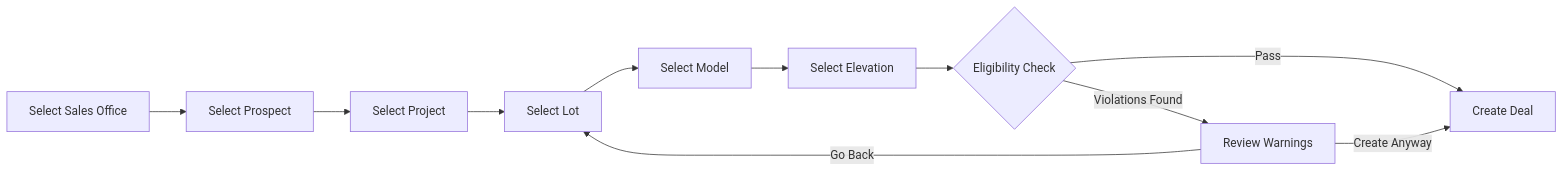
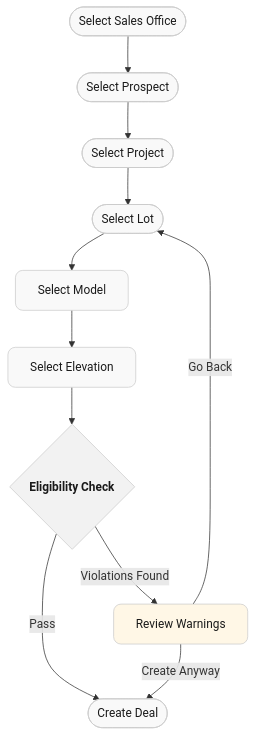
One commit to syed-aqil/project-docs changed the third of 6 diagrams in Deal-Lifecycle-Guide(3).md. Above: the diagram before and after it, drawn with Mermaid.

````diff
--- a/Deal-Lifecycle-Guide(3).md
+++ b/Deal-Lifecycle-Guide(3).md
@@ -154,13 +154,27 @@
 ```mermaid
-flowchart LR
-    A[Select Sales Office] --> B[Select Prospect]
-    B --> C[Select Project]
-    C --> D[Select Lot]
-    D --> E[Select Model]
-    E --> F[Select Elevation]
-    F --> G{Eligibility Check}
-    G -->|Pass| H[Create Deal]
-    G -->|Violations Found| I[Review Warnings]
-    I -->|Create Anyway| H
-    I -->|Go Back| D
+flowchart TB
+    A(["Select Sales Office"]) --> B(["Select Prospect"])
+    B --> C(["Select Project"])
+    C --> D(["Select Lot"])
+    D --> E["Select Model"]
+    E --> F["Select Elevation"]
+    F --> G{"Eligibility Check"}
+    G -- Pass --> H(["Create Deal"])
+    G -- Violations Found --> I["Review Warnings"]
+    I -- Create Anyway --> H
+    I -- Go Back --> D
+
+     A:::step
+     B:::step
+     C:::step
+     D:::step
+     E:::step
+     F:::step
+     G:::decision
+     H:::outcome
+     I:::warning
+    classDef step fill:#f9f9f9,stroke:#cccccc,stroke-width:1px,color:#1a1a1a,rx:10,ry:10
+    classDef decision fill:#f2f2f2,stroke:#cccccc,stroke-width:1px,color:#1a1a1a,rx:10,ry:10,font-weight:600
+    classDef outcome fill:#f9f9f9,stroke:#cccccc,stroke-width:1px,color:#1a1a1a,rx:10,ry:10
+    classDef warning fill:#fff7e6,stroke:#cccccc,stroke-width:1px,color:#1a1a1a,rx:10,ry:10
 ```
````
